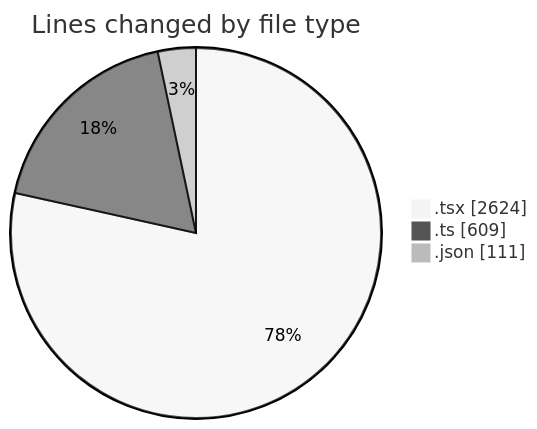
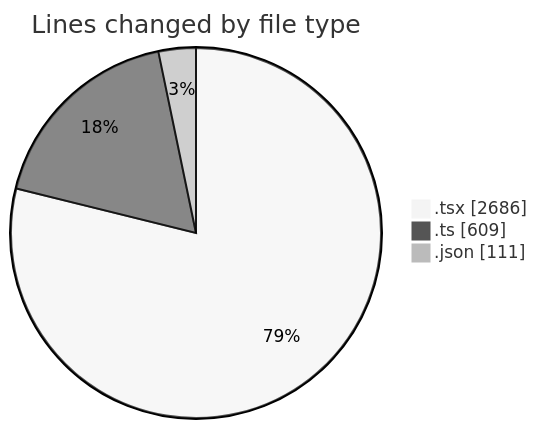
The first of 2 diagrams in 2025-11-08/eventscop-frontend-guide__workspace_/README.md (julien-gomy/code-tracking), drawn with Mermaid (neutral theme) before and after one commit. The commit also changed other lines of this file and 1 other file, not shown here.

````diff
--- a/2025-11-08/eventscop-frontend-guide__workspace_/README.md
+++ b/2025-11-08/eventscop-frontend-guide__workspace_/README.md
@@ -43,7 +44,7 @@
 ```mermaid
 pie showData
 title Lines changed by file type
-".tsx" : 2624
+".tsx" : 2686
 ".ts" : 609
 ".json" : 111
 ```
````
